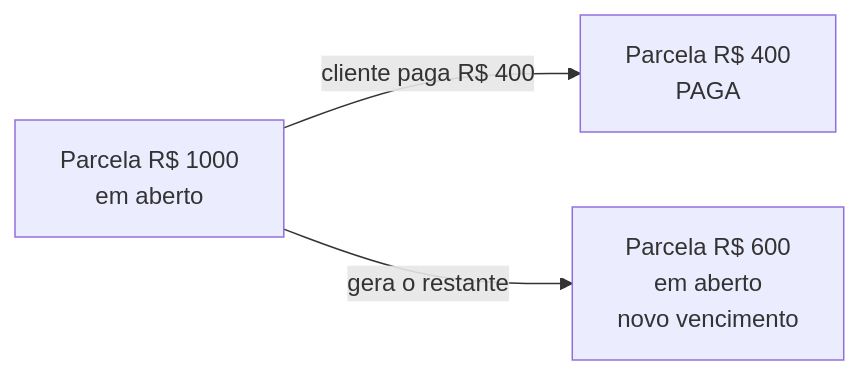
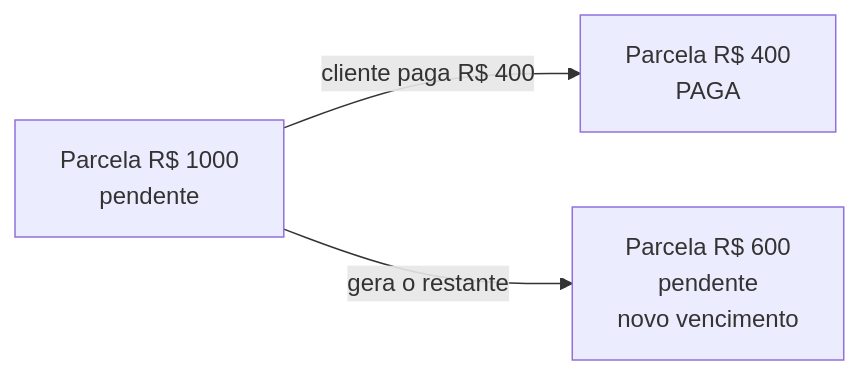
One commit to LocFlowTeam/locflow-docs changed the second of 3 diagrams in cobranca/faturas-e-parcelas.md. Above: the diagram before and after it, drawn with Mermaid. The commit also changed other lines of this file and 6 other files, not shown here.

````diff
--- a/cobranca/faturas-e-parcelas.md
+++ b/cobranca/faturas-e-parcelas.md
@@ -52,5 +69,5 @@
 ```mermaid
 flowchart LR
-    A[Parcela R$ 1000<br/>em aberto] -->|cliente paga R$ 400| B[Parcela R$ 400<br/>PAGA]
-    A -->|gera o restante| C[Parcela R$ 600<br/>em aberto<br/>novo vencimento]
+    A[Parcela R$ 1000<br/>pendente] -->|cliente paga R$ 400| B[Parcela R$ 400<br/>PAGA]
+    A -->|gera o restante| C[Parcela R$ 600<br/>pendente<br/>novo vencimento]
 ```
````
